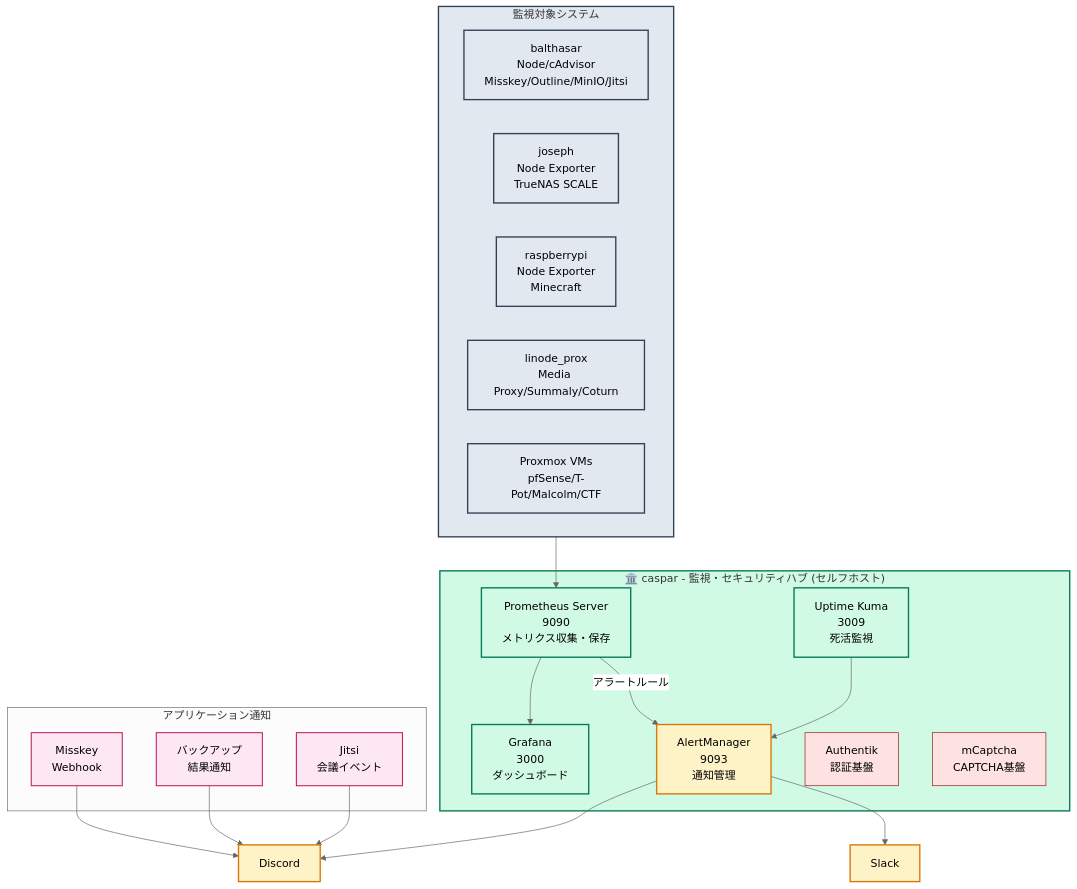
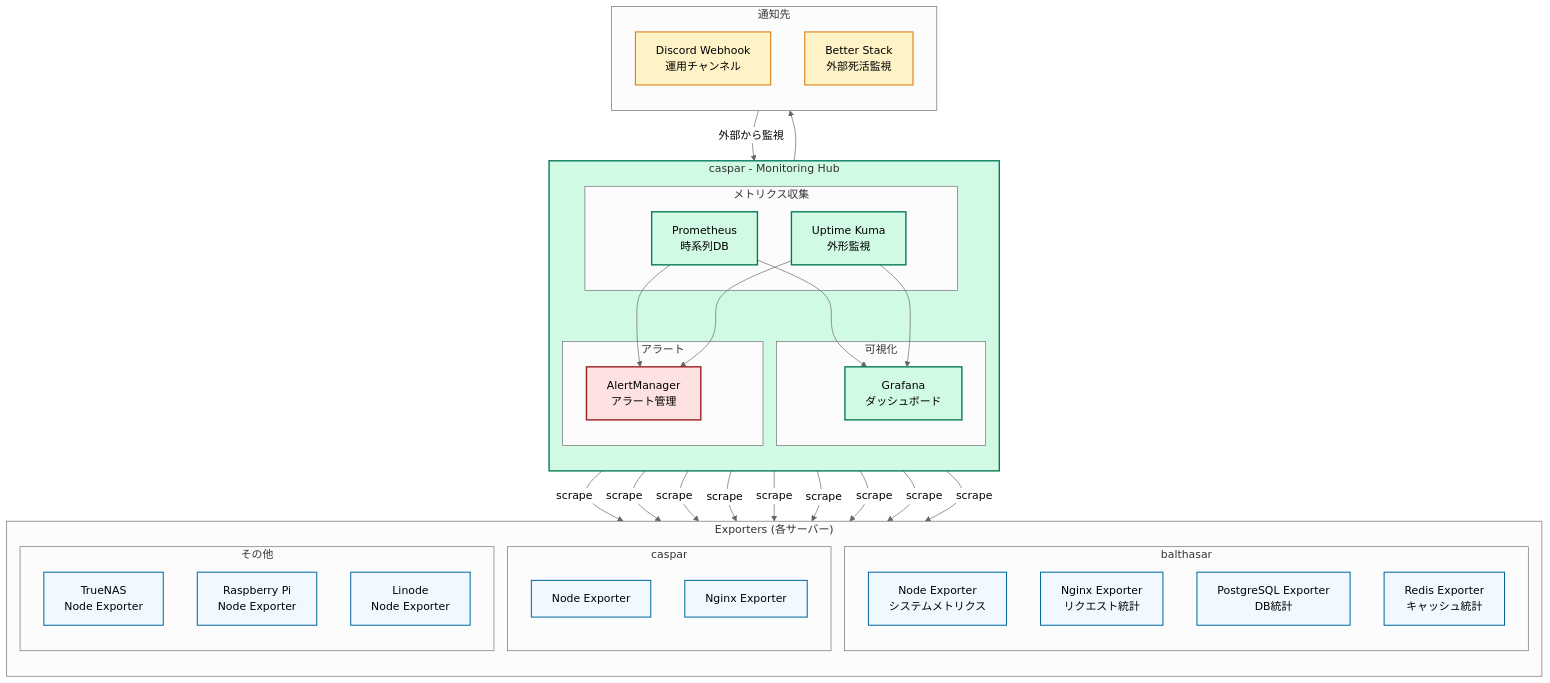
Before and after one commit to yamisskey-dev/yamisskey-host: the fourth of 7 diagrams in README.md, drawn with Mermaid (neutral theme). The commit also changed other lines of this file, not shown here.

First line of the commit message:
Remove RTC services from infrastructure diagram

````diff
--- a/README.md
+++ b/README.md
@@ -303,59 +318,80 @@
 ```mermaid
 graph TB
     %% Style definitions
     classDef monitoring fill:#d1fae5,stroke:#047857,stroke-width:2px
-    classDef homeServer fill:#e2e8f0,stroke:#334155,stroke-width:2px
-    classDef alert fill:#fef3c7,stroke:#d97706,stroke-width:2px
-    classDef app fill:#fce7f3,stroke:#be185d,stroke-width:1.5px
-    classDef security fill:#fee2e2,stroke:#991b1b,stroke-width:1px
+    classDef alerting fill:#fee2e2,stroke:#991b1b,stroke-width:2px
+    classDef exporter fill:#f0f9ff,stroke:#0369a1,stroke-width:1.5px
+    classDef external fill:#fef3c7,stroke:#d97706,stroke-width:1.5px
+    classDef target fill:#e2e8f0,stroke:#334155,stroke-width:1px
     
-    %% Monitoring Hub (caspar) - セルフホスト化
-    subgraph caspar["🏛️ caspar - 監視・セキュリティハブ (セルフホスト)"]
-        prometheus["Prometheus Server<br/>9090<br/>メトリクス収集・保存"]:::monitoring
-        grafana["Grafana<br/>3000<br/>ダッシュボード"]:::monitoring
-        uptime["Uptime Kuma<br/>3009<br/>死活監視"]:::monitoring
-        alertmgr["AlertManager<br/>9093<br/>通知管理"]:::alert
-        authentik_mon["Authentik<br/>認証基盤"]:::security
-        mcaptcha_mon["mCaptcha<br/>CAPTCHA基盤"]:::security
+    subgraph caspar_monitoring["caspar - Monitoring Hub"]
+        direction TB
+        
+        subgraph collection["メトリクス収集"]
+            prometheus["Prometheus<br/>時系列DB"]:::monitoring
+            uptime_kuma["Uptime Kuma<br/>外形監視"]:::monitoring
+        end
+        
+        subgraph visualization["可視化"]
+            grafana["Grafana<br/>ダッシュボード"]:::monitoring
+        end
+        
+        subgraph alerting_system["アラート"]
+            alertmanager["AlertManager<br/>アラート管理"]:::alerting
+        end
     end
     
-    %% All Monitored Systems (consolidated)
-    subgraph systems["監視対象システム"]
-        balthasar_node["balthasar<br/>Node/cAdvisor<br/>Misskey/Outline/MinIO/Jitsi"]:::homeServer
-        joseph_node["joseph<br/>Node Exporter<br/>TrueNAS SCALE"]:::homeServer
-        raspberry_node["raspberrypi<br/>Node Exporter<br/>Minecraft"]:::homeServer
-        linode_node["linode_prox<br/>Media Proxy/Summaly/Coturn"]:::homeServer
-        proxmox_node["Proxmox VMs<br/>pfSense/T-Pot/Malcolm/CTF"]:::homeServer
+    subgraph exporters["Exporters (各サーバー)"]
+        direction TB
+        
+        subgraph balthasar_exp["balthasar"]
+            node_exp_b["Node Exporter<br/>システムメトリクス"]:::exporter
+            nginx_exp_b["Nginx Exporter<br/>リクエスト統計"]:::exporter
+            postgres_exp["PostgreSQL Exporter<br/>DB統計"]:::exporter
+            redis_exp["Redis Exporter<br/>キャッシュ統計"]:::exporter
+        end
+        
+        subgraph caspar_exp["caspar"]
+            node_exp_c["Node Exporter"]:::exporter
+            nginx_exp_c["Nginx Exporter"]:::exporter
+        end
+        
+        subgraph other_exp["その他"]
+            node_exp_nas["TrueNAS<br/>Node Exporter"]:::exporter
+            node_exp_rpi["Raspberry Pi<br/>Node Exporter"]:::exporter
+            node_exp_linode["Linode<br/>Node Exporter"]:::exporter
+        end
     end
     
-    %% Application Notifications
-    subgraph app_notify["アプリケーション通知"]
-        misskey_webhook["Misskey<br/>Webhook"]:::app
-        backup_notify["バックアップ<br/>結果通知"]:::app
-        jitsi_webhook["Jitsi<br/>会議イベント"]:::app
+    subgraph notification["通知先"]
+        direction TB
+        discord_webhook["Discord Webhook<br/>運用チャンネル"]:::external
+        betterstack["Better Stack<br/>外部死活監視"]:::external
     end
     
-    %% External Notifications
-    discord["Discord"]:::alert
-    slack["Slack"]:::alert
+    %% Collection flows
+    prometheus -->|"scrape"| node_exp_b
+    prometheus -->|"scrape"| nginx_exp_b
+    prometheus -->|"scrape"| postgres_exp
+    prometheus -->|"scrape"| redis_exp
+    prometheus -->|"scrape"| node_exp_c
+    prometheus -->|"scrape"| nginx_exp_c
+    prometheus -->|"scrape"| node_exp_nas
+    prometheus -->|"scrape"| node_exp_rpi
+    prometheus -->|"scrape"| node_exp_linode
     
-    %% Monitoring Flow (Full Prometheus)
-    systems --> prometheus
+    %% Visualization
     prometheus --> grafana
+    uptime_kuma --> grafana
     
-    %% Alert Flow
-    uptime --> alertmgr
-    prometheus -->|アラートルール| alertmgr
+    %% Alerting
+    prometheus --> alertmanager
+    uptime_kuma --> alertmanager
+    alertmanager --> discord_webhook
     
-    alertmgr --> discord
-    alertmgr --> slack
-    
-    %% Direct App Notifications
-    misskey_webhook --> discord
-    backup_notify --> discord
-    jitsi_webhook --> discord
+    %% External monitoring
+    betterstack -->|"外部から監視"| uptime_kuma
     
     %% Apply styles
-    class caspar monitoring
-    class systems homeServer
+    class caspar_monitoring monitoring
 ```
````
